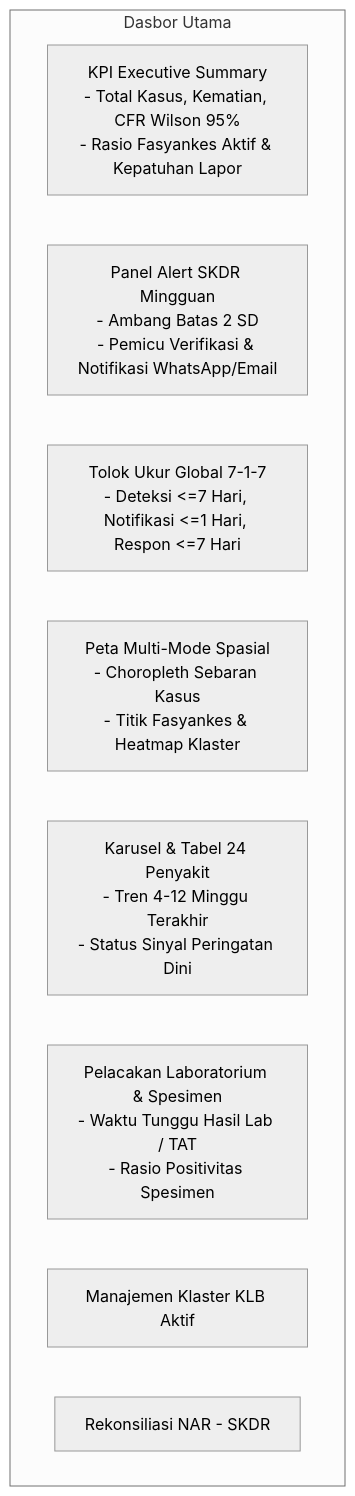
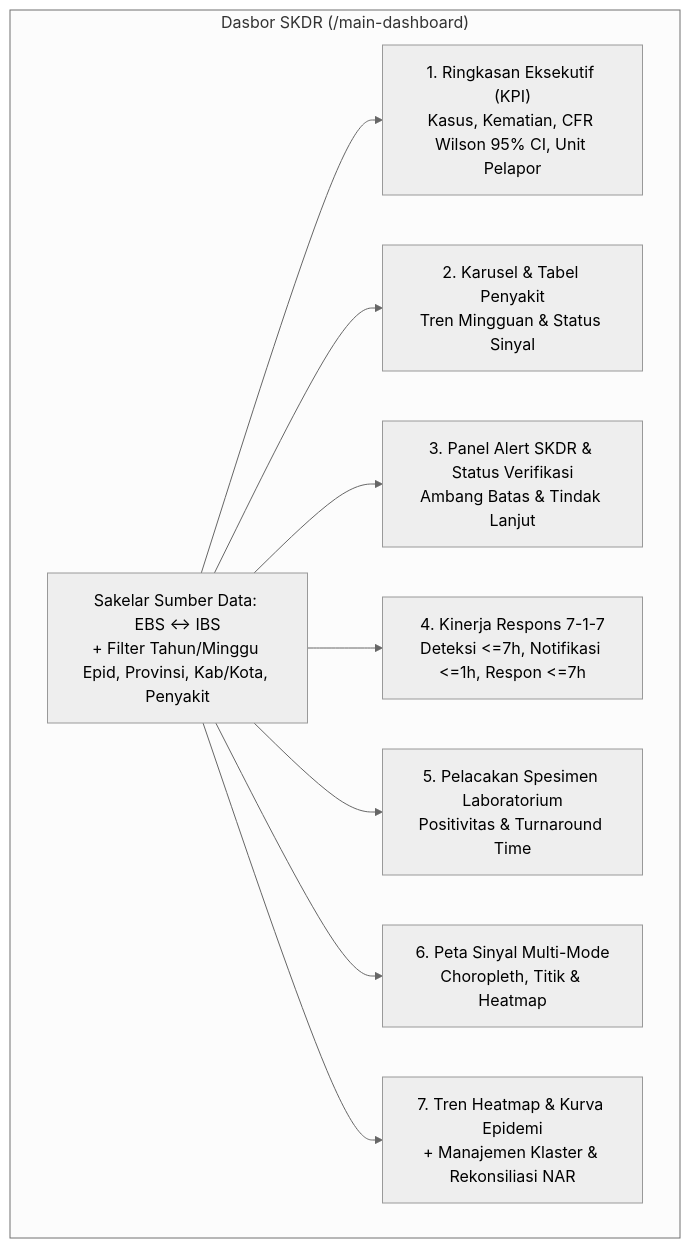
The sixth of 12 diagrams in docs/BRD_SRS_FITUR_FORM_DAN_DASBOR.md (cuatiawww/skdr-indonesia), drawn with Mermaid (neutral theme) before and after one commit. The commit also changed other lines of this file and 2 other files, not shown here.

Commit message:
docs(brd-srs): update BRD/SRS documentation to v1.1 matching current pages and spatial TV mode (PR 051)

````diff
--- a/docs/BRD_SRS_FITUR_FORM_DAN_DASBOR.md
+++ b/docs/BRD_SRS_FITUR_FORM_DAN_DASBOR.md
@@ -270,13 +272,13 @@
 ```mermaid
 graph TD
-    subgraph Dasbor Utama
-        K[KPI Executive Summary\n- Total Kasus, Kematian, CFR Wilson 95%\n- Rasio Fasyankes Aktif & Kepatuhan Lapor]
-        A[Panel Alert SKDR Mingguan\n- Ambang Batas 2 SD\n- Pemicu Verifikasi & Notifikasi WhatsApp/Email]
-        T[Tolok Ukur Global 7-1-7\n- Deteksi <=7 Hari, Notifikasi <=1 Hari, Respon <=7 Hari]
-        M[Peta Multi-Mode Spasial\n- Choropleth Sebaran Kasus\n- Titik Fasyankes & Heatmap Klaster]
-        C[Karusel & Tabel 24 Penyakit\n- Tren 4-12 Minggu Terakhir\n- Status Sinyal Peringatan Dini]
-        L[Pelacakan Laboratorium & Spesimen\n- Waktu Tunggu Hasil Lab / TAT\n- Rasio Positivitas Spesimen]
-        KLS[Manajemen Klaster KLB Aktif]
-        NAR[Rekonsiliasi NAR - SKDR]
+    subgraph "Dasbor SKDR (/main-dashboard)"
+        S["Sakelar Sumber Data: EBS ↔ IBS\n+ Filter Tahun/Minggu Epid, Provinsi, Kab/Kota, Penyakit"]
+        S --> K["1. Ringkasan Eksekutif (KPI)\nKasus, Kematian, CFR Wilson 95% CI, Unit Pelapor"]
+        S --> C["2. Karusel & Tabel Penyakit\nTren Mingguan & Status Sinyal"]
+        S --> A["3. Panel Alert SKDR & Status Verifikasi\nAmbang Batas & Tindak Lanjut"]
+        S --> T["4. Kinerja Respons 7-1-7\nDeteksi <=7h, Notifikasi <=1h, Respon <=7h"]
+        S --> L["5. Pelacakan Spesimen Laboratorium\nPositivitas & Turnaround Time"]
+        S --> M["6. Peta Sinyal Multi-Mode\nChoropleth, Titik & Heatmap"]
+        S --> H["7. Tren Heatmap & Kurva Epidemi\n+ Manajemen Klaster & Rekonsiliasi NAR"]
     end
 ```
````
